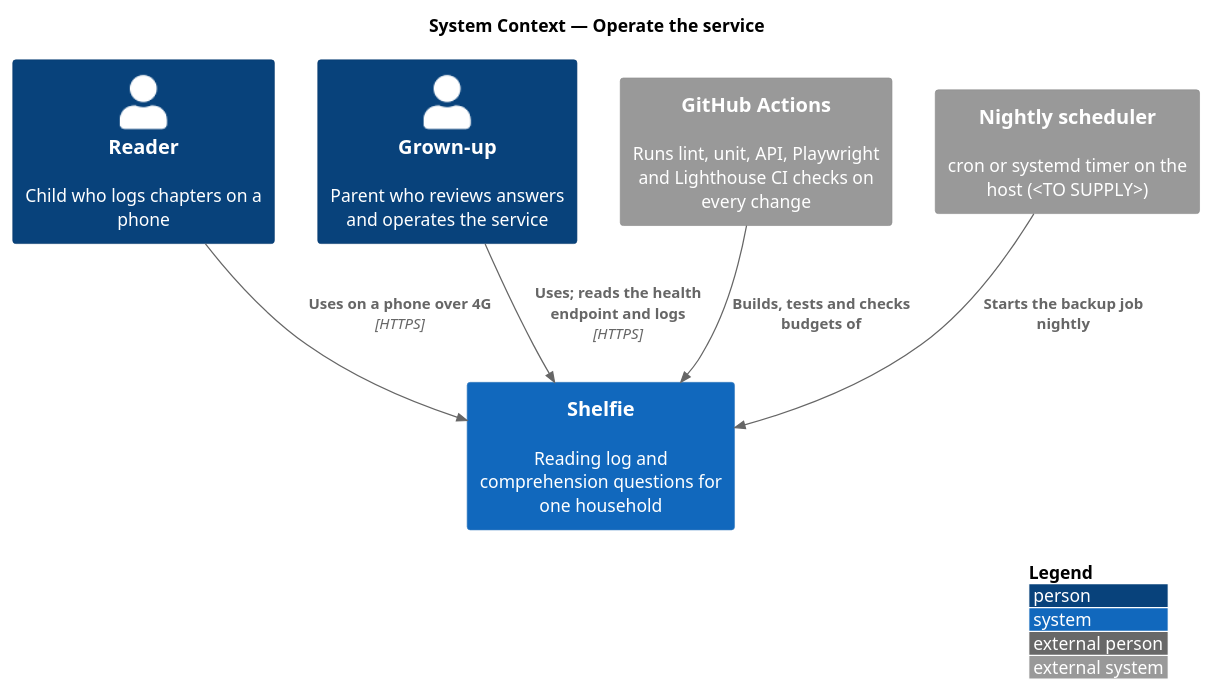
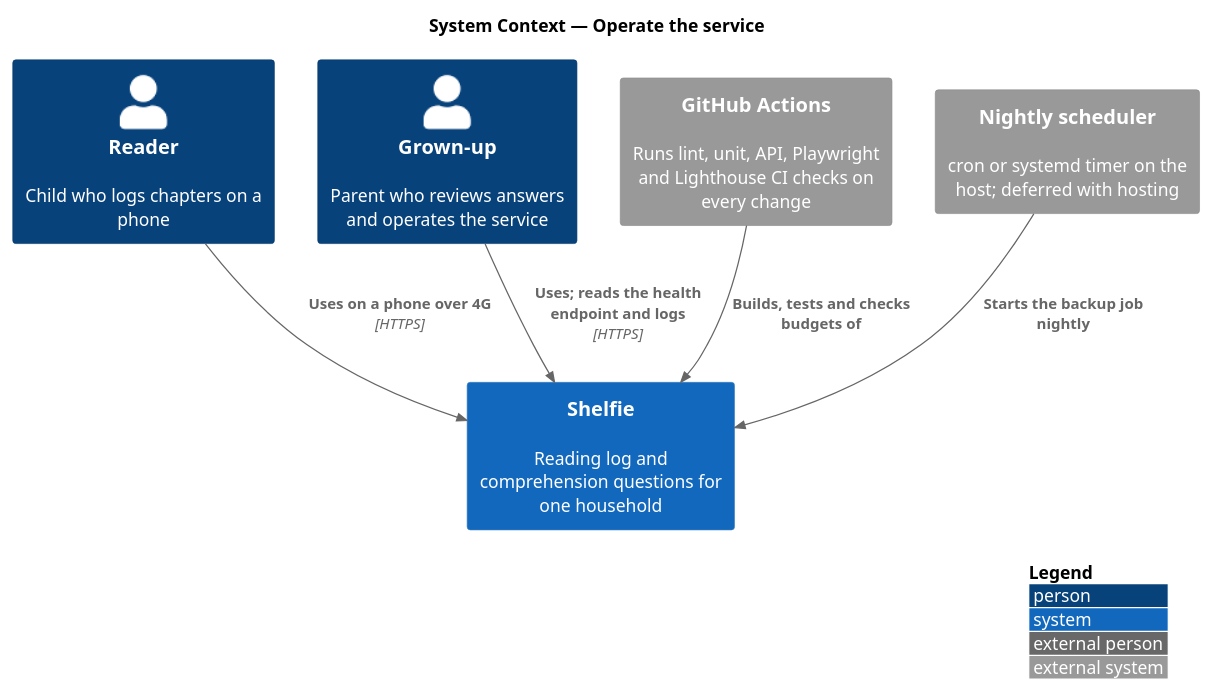
Before and after one commit to QuinntyneBrown/shelfie: the diagram in docs/detailed-designs/platform/operate-service/diagrams/c4-context.puml, drawn with PlantUML. The commit also changed 27 other files, not shown here.

```diff
--- a/docs/detailed-designs/platform/operate-service/diagrams/c4-context.puml
+++ b/docs/detailed-designs/platform/operate-service/diagrams/c4-context.puml
@@ -1,16 +1,16 @@
 @startuml
 !include <C4/C4_Context>
 LAYOUT_WITH_LEGEND()
 title System Context — Operate the service
 
 Person(reader, "Reader", "Child who logs chapters on a phone")
 Person(grownUp, "Grown-up", "Parent who reviews answers and operates the service")
 System(shelfie, "Shelfie", "Reading log and comprehension questions for one household")
 System_Ext(ci, "GitHub Actions", "Runs lint, unit, API, Playwright and Lighthouse CI checks on every change")
-System_Ext(scheduler, "Nightly scheduler", "cron or systemd timer on the host (<TO SUPPLY>)")
+System_Ext(scheduler, "Nightly scheduler", "cron or systemd timer on the host; deferred with hosting")
 
 Rel(reader, shelfie, "Uses on a phone over 4G", "HTTPS")
 Rel(grownUp, shelfie, "Uses; reads the health endpoint and logs", "HTTPS")
 Rel(ci, shelfie, "Builds, tests and checks budgets of")
 Rel(scheduler, shelfie, "Starts the backup job nightly")
 @enduml
```
